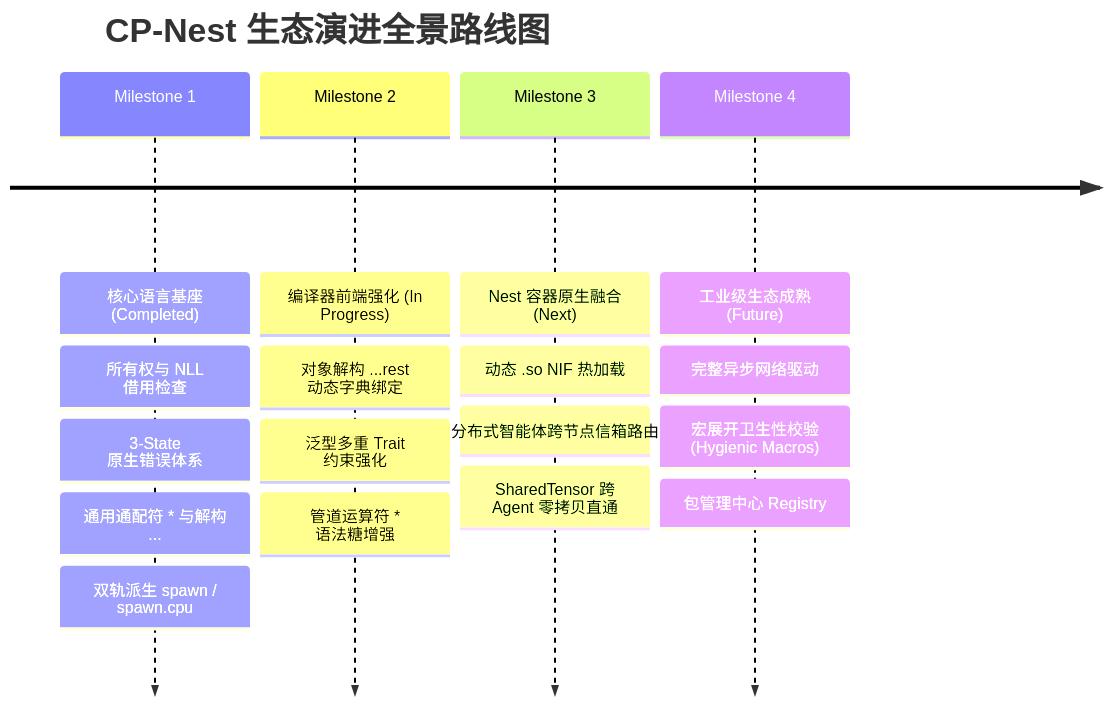
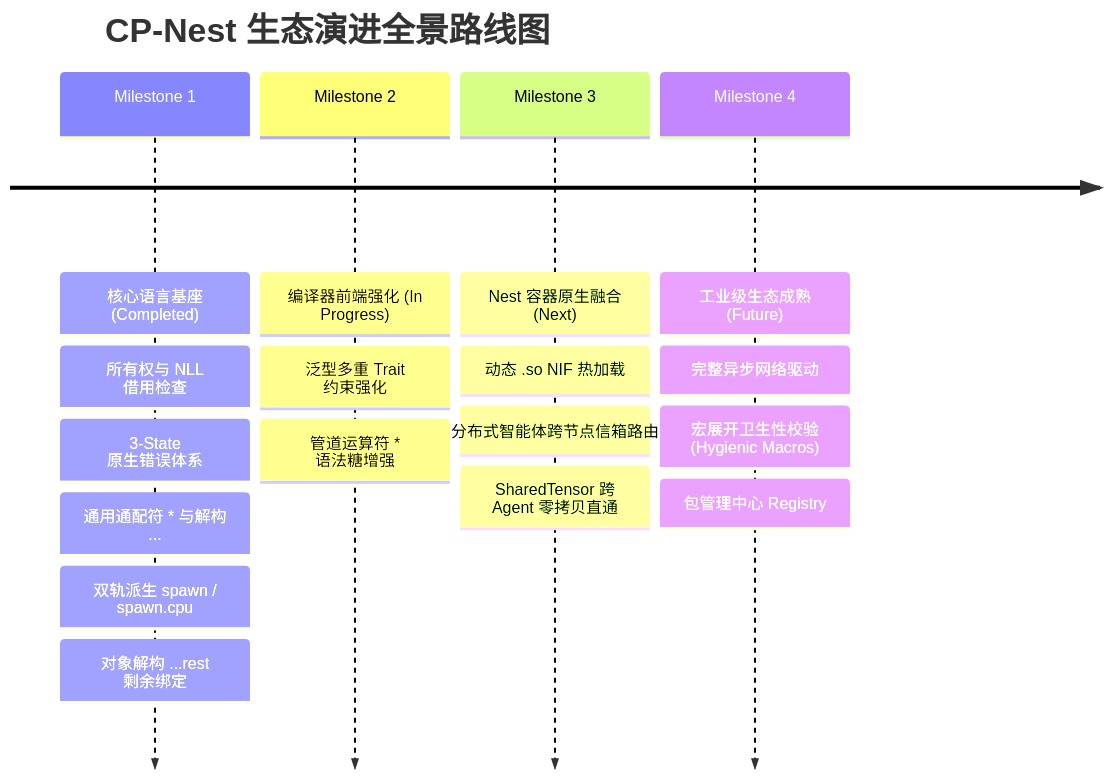
Before and after one commit to cp-lang/cp: the diagram in cp_ref.md, drawn with Mermaid. The commit also changed other lines of this file and 11 other files, not shown here.

````diff
--- a/cp_ref.md
+++ b/cp_ref.md
@@ -953,8 +1148,8 @@
 ```mermaid
 timeline
     title CP-Nest 生态演进全景路线图
-    Milestone 1 : 核心语言基座 (Completed) : 所有权与 NLL 借用检查 : 3-State 原生错误体系 : 通用通配符 * 与解构 ... : 双轨派生 spawn / spawn.cpu
-    Milestone 2 : 编译器前端强化 (In Progress) : 对象解构 ...rest 动态字典绑定 : 泛型多重 Trait 约束强化 : 管道运算符 * 语法糖增强
+    Milestone 1 : 核心语言基座 (Completed) : 所有权与 NLL 借用检查 : 3-State 原生错误体系 : 通用通配符 * 与解构 ... : 双轨派生 spawn / spawn.cpu : 对象解构 ...rest 剩余绑定
+    Milestone 2 : 编译器前端强化 (In Progress) : 泛型多重 Trait 约束强化 : 管道运算符 * 语法糖增强
     Milestone 3 : Nest 容器原生融合 (Next) : 动态 .so NIF 热加载 : 分布式智能体跨节点信箱路由 : SharedTensor 跨 Agent 零拷贝直通
     Milestone 4 : 工业级生态成熟 (Future) : 完整异步网络驱动 : 宏展开卫生性校验 (Hygienic Macros) : 包管理中心 Registry
 ```
````
